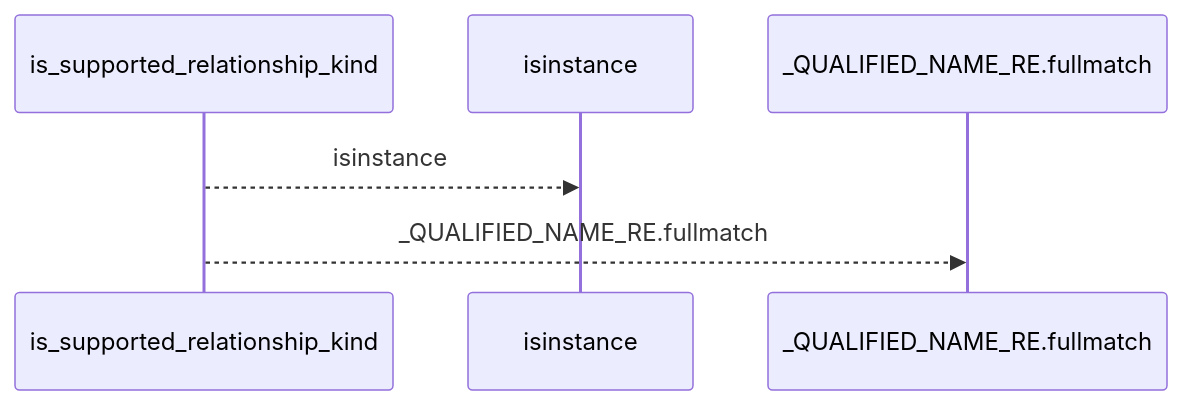
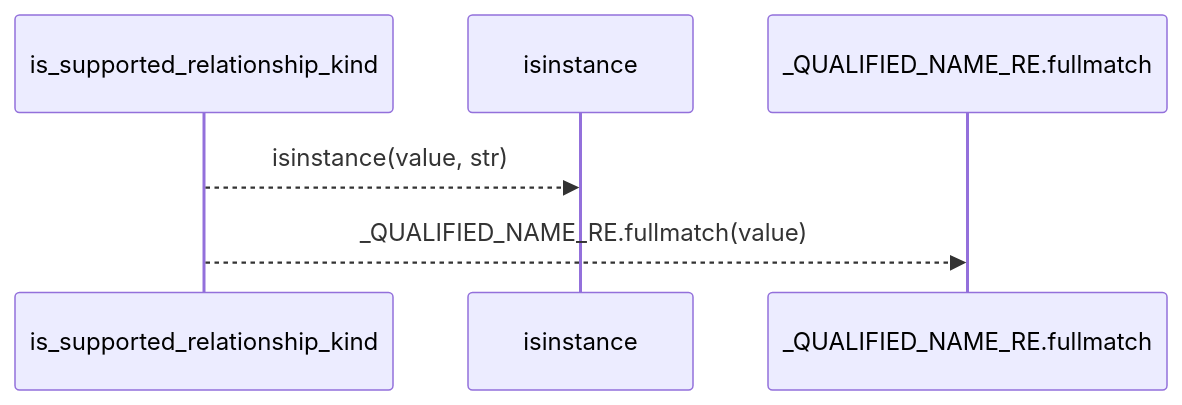
One commit to Denissvgn/python-wiki-llm changed the first of 2 diagrams in docs/llm_wiki/flows/api-is_supported_relationship_kind.md. Above: the diagram before and after it, drawn with Mermaid. The commit also changed other lines of this file and 1410 other files, not shown here.

````diff
--- a/docs/llm_wiki/flows/api-is_supported_relationship_kind.md
+++ b/docs/llm_wiki/flows/api-is_supported_relationship_kind.md
@@ -10,8 +12,8 @@
 ```mermaid
 sequenceDiagram
     participant p0 as is_supported_relationship_kind
     participant p1 as isinstance
     participant p2 as _QUALIFIED_NAME_RE.fullmatch
-    p0-->>p1: isinstance
-    p0-->>p2: _QUALIFIED_NAME_RE.fullmatch
+    p0-->>p1: isinstance(value, str)
+    p0-->>p2: _QUALIFIED_NAME_RE.fullmatch(value)
 ```
````
